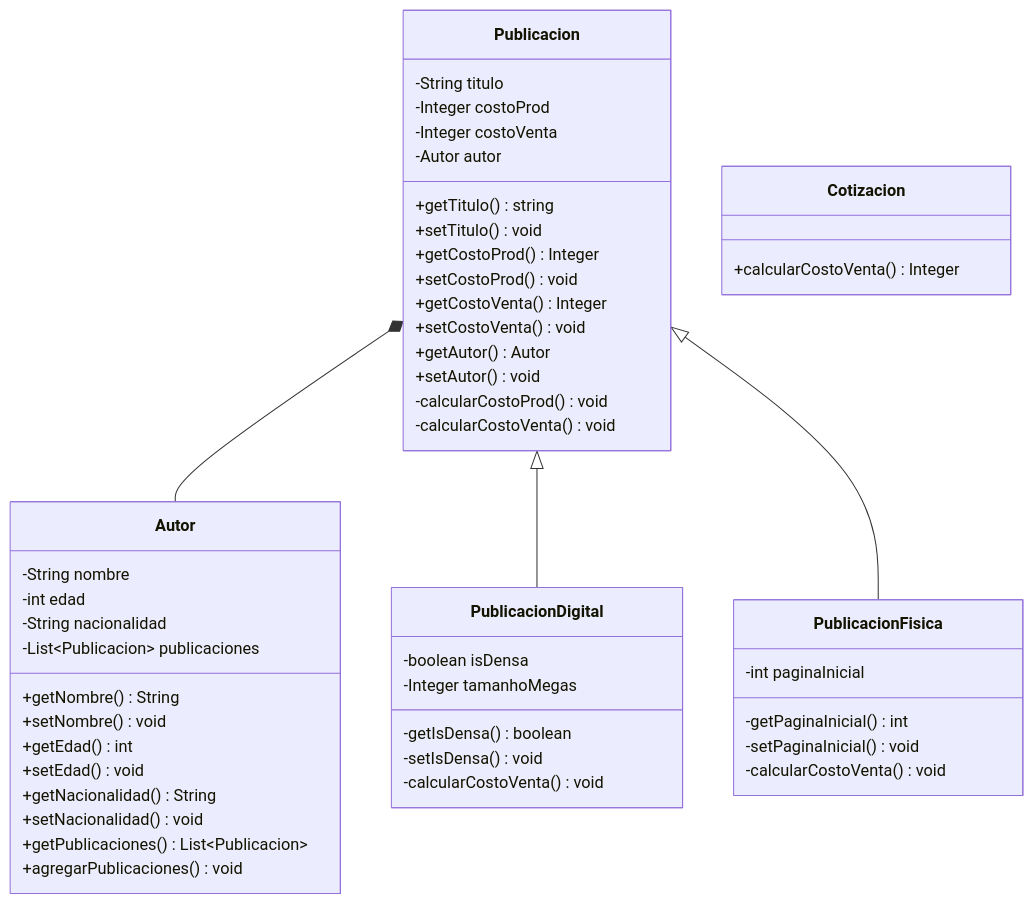
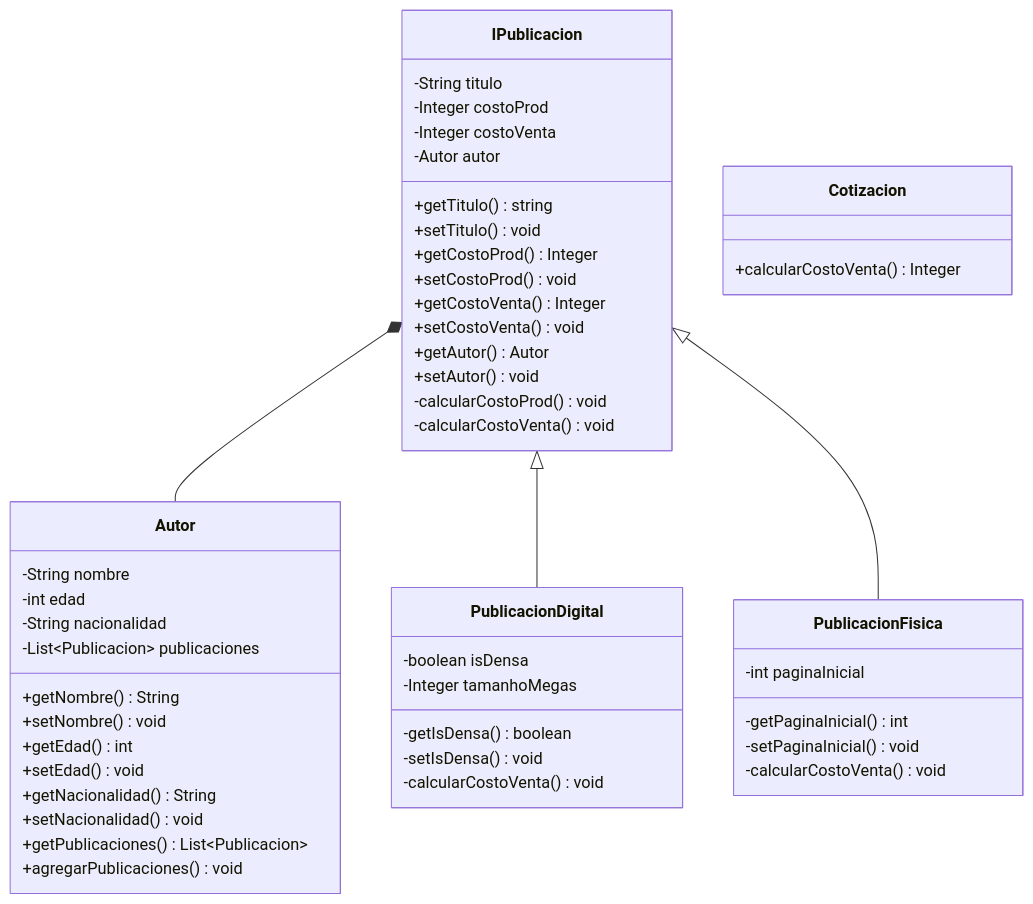
One commit to SilverFlin/U3_PruebasSoftware changed the diagram in 02_Design/DiagramaClases.md. Above: the diagram before and after it, drawn with Mermaid.

Commit message:
docs: Publicacion ahora es interfaz

````diff
--- a/02_Design/DiagramaClases.md
+++ b/02_Design/DiagramaClases.md
@@ -3,61 +3,61 @@
 ```mermaid
 classDiagram
 
-    Publicacion *-- Autor
-    Publicacion <|-- PublicacionDigital
-    Publicacion <|-- PublicacionFisica
+    IPublicacion *-- Autor
+    IPublicacion <|-- PublicacionDigital
+    IPublicacion <|-- PublicacionFisica
 
     class Autor
     Autor : -String nombre
     Autor : -int edad
     Autor : -String nacionalidad
     Autor : -List~Publicacion~ publicaciones
 
     Autor : +getNombre() String
     Autor : +setNombre() void
     Autor : +getEdad() int
     Autor : +setEdad() void
     Autor : +getNacionalidad() String
     Autor : +setNacionalidad() void
     Autor : +getPublicaciones() List~Publicacion~
 
     Autor : +agregarPublicaciones() void
 
 
-    class Publicacion
-    Publicacion : -String titulo
-    Publicacion : -Integer costoProd
-    Publicacion : -Integer costoVenta
-    Publicacion : -Autor autor
+    class IPublicacion
+    IPublicacion : -String titulo
+    IPublicacion : -Integer costoProd
+    IPublicacion : -Integer costoVenta
+    IPublicacion : -Autor autor
 
-    Publicacion : +getTitulo() string
-    Publicacion : +setTitulo() void
-    Publicacion : +getCostoProd() Integer
-    Publicacion : +setCostoProd() void
-    Publicacion : +getCostoVenta() Integer
-    Publicacion : +setCostoVenta() void
-    Publicacion : +getAutor() Autor
-    Publicacion : +setAutor() void
+    IPublicacion : +getTitulo() string
+    IPublicacion : +setTitulo() void
+    IPublicacion : +getCostoProd() Integer
+    IPublicacion : +setCostoProd() void
+    IPublicacion : +getCostoVenta() Integer
+    IPublicacion : +setCostoVenta() void
+    IPublicacion : +getAutor() Autor
+    IPublicacion : +setAutor() void
 
-    Publicacion : -calcularCostoProd() void
-    Publicacion : -calcularCostoVenta() void
+    IPublicacion : -calcularCostoProd() void
+    IPublicacion : -calcularCostoVenta() void
 
     class PublicacionFisica
     PublicacionFisica : -int paginaInicial
 
     PublicacionFisica : -getPaginaInicial() int
     PublicacionFisica : -setPaginaInicial() void
     PublicacionFisica : -calcularCostoVenta() void
 
     class PublicacionDigital
     PublicacionDigital : -boolean isDensa
     PublicacionDigital : -Integer tamanhoMegas
     
     PublicacionDigital : -getIsDensa() boolean
     PublicacionDigital : -setIsDensa() void
     PublicacionDigital : -calcularCostoVenta() void
 
 
     class Cotizacion
     Cotizacion : +calcularCostoVenta() Integer
 ```
````
